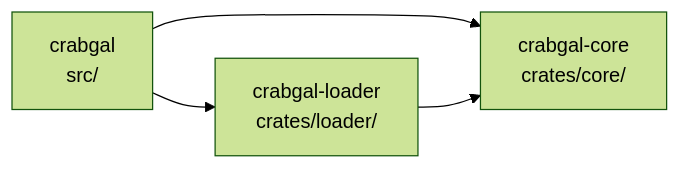
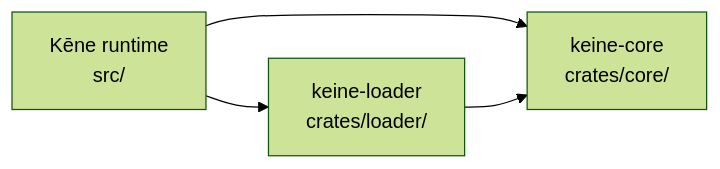
The second of 2 diagrams in README.md (maincoretech/keine), drawn with Mermaid (forest theme) before and after one commit. The commit also changed other lines of this file and 117 other files, not shown here.

Commit message:
feat: refine Kēne runtime, native UI, and video

````diff
--- a/README.md
+++ b/README.md
@@ -113,6 +122,6 @@
 ```mermaid
 flowchart LR
-    R["crabgal<br/>src/"] --> L["crabgal-loader<br/>crates/loader/"]
-    R --> C["crabgal-core<br/>crates/core/"]
+    R["Kēne runtime<br/>src/"] --> L["keine-loader<br/>crates/loader/"]
+    R --> C["keine-core<br/>crates/core/"]
     L --> C
 ```
````
